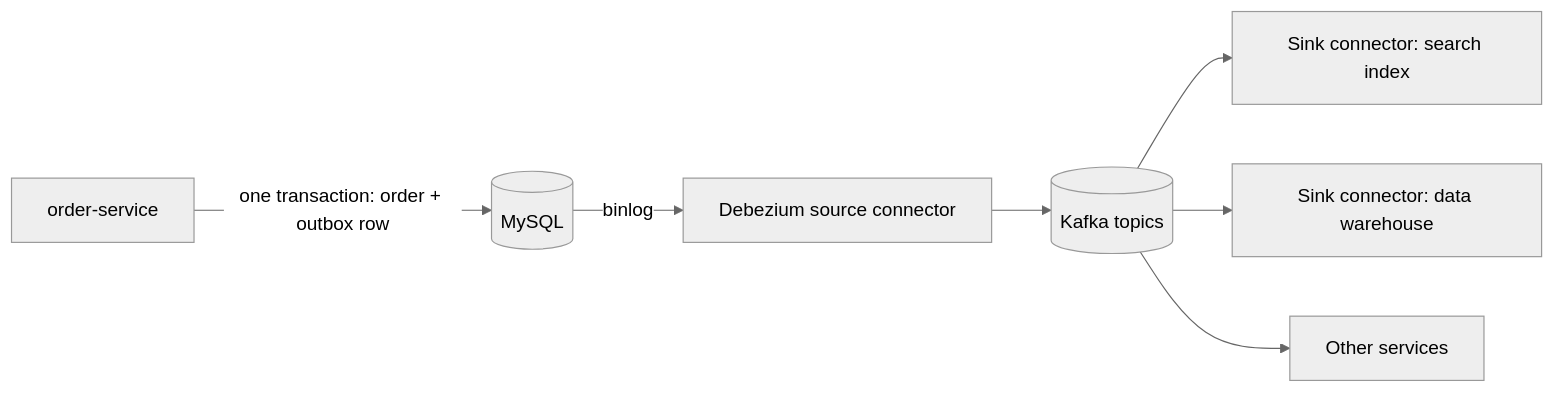
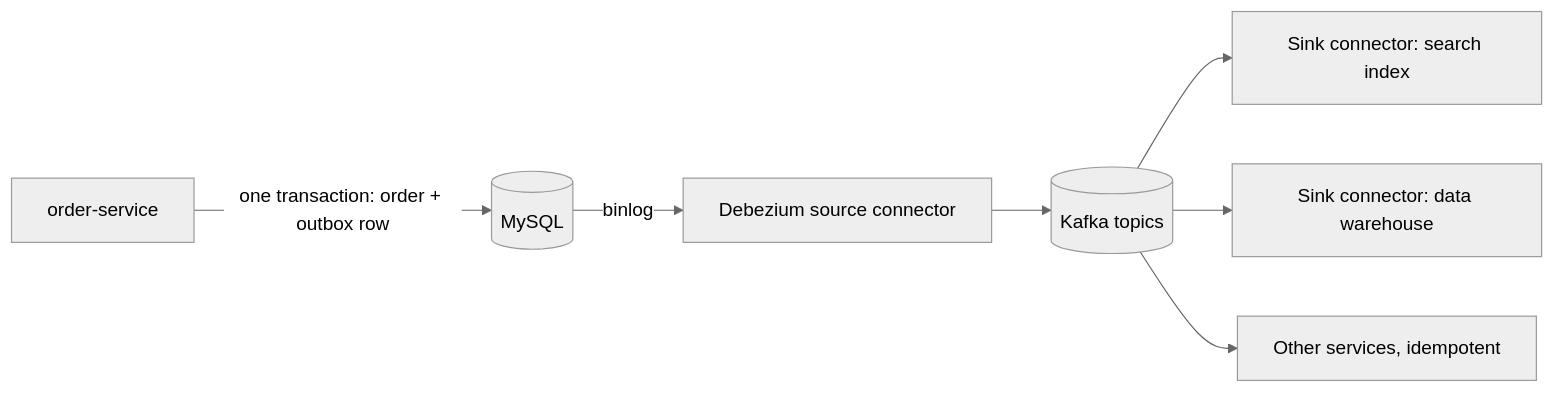
Before and after one commit to jubin-techwiz/learning: the second of 2 diagrams in notes/02-messaging/02-kafka/15-kafka-connect-cdc.md, drawn with Mermaid (neutral theme). The commit also changed other lines of this file and 37 other files, not shown here.

````diff
--- a/notes/02-messaging/02-kafka/15-kafka-connect-cdc.md
+++ b/notes/02-messaging/02-kafka/15-kafka-connect-cdc.md
@@ -45,9 +70,9 @@
 ```mermaid
 flowchart LR
     O[order-service] -->|one transaction: order + outbox row| DB[(MySQL)]
     DB -->|binlog| D[Debezium source connector]
     D --> K[(Kafka topics)]
     K --> ES[Sink connector: search index]
     K --> DW[Sink connector: data warehouse]
-    K --> SV[Other services]
+    K --> SV[Other services, idempotent]
 ```
````
